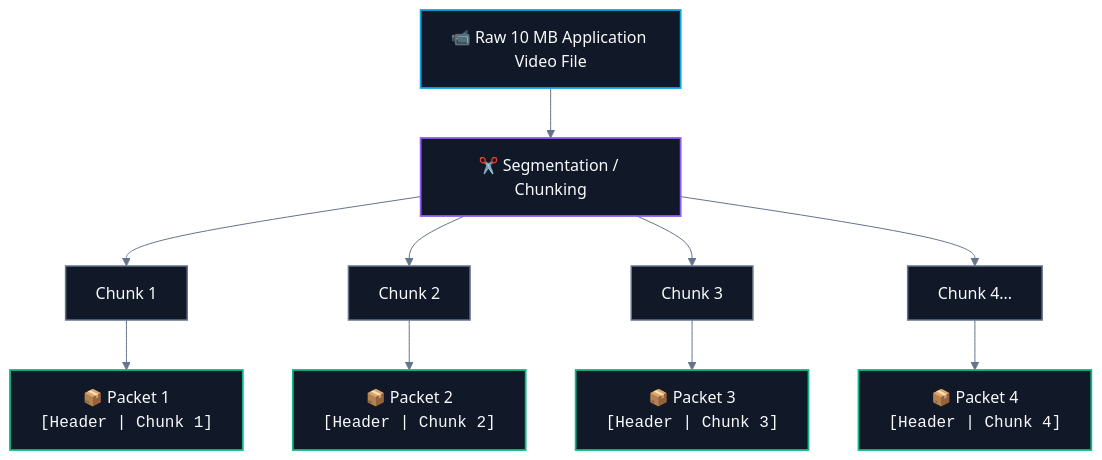
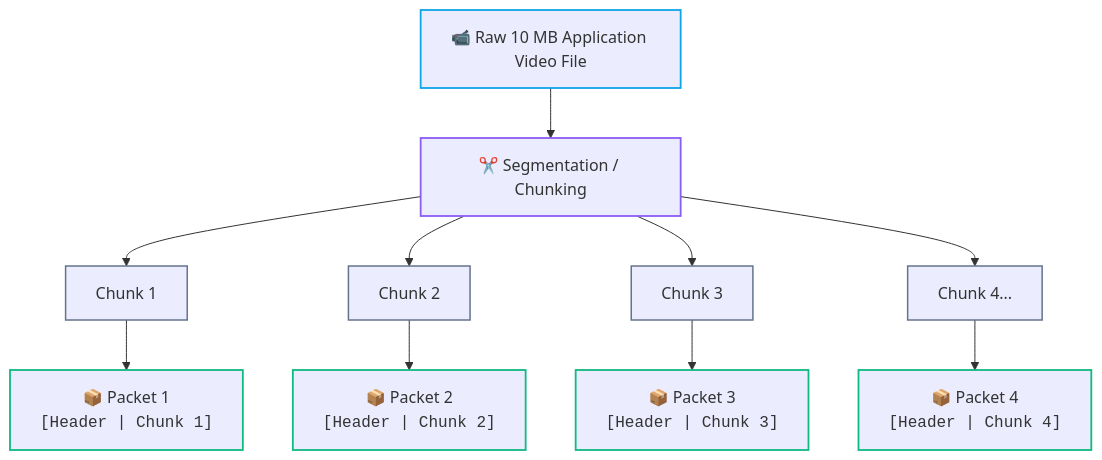
The first of 3 diagrams in CS/Computer Networking/01. Architecture & Fundamentals/02. Packets and Packet Switching.md (abhinavbharti2345/CS_Notes), drawn with Mermaid before and after one commit. The commit also changed other lines of this file and 91 other files, not shown here.

````diff
--- a/CS/Computer Networking/01. Architecture & Fundamentals/02. Packets and Packet Switching.md
+++ b/CS/Computer Networking/01. Architecture & Fundamentals/02. Packets and Packet Switching.md
@@ -27,25 +27,24 @@
 ```mermaid
-%%{init: {'theme': 'base', 'themeVariables': { 'darkMode': true, 'background': '#0B0F14', 'mainBkg': '#111827', 'primaryColor': '#111827', 'primaryTextColor': '#F8FAFC', 'primaryBorderColor': '#38BDF8', 'lineColor': '#64748B', 'secondaryColor': '#0B0F14', 'tertiaryColor': '#0B0F14', 'clusterBkg': '#0B0F14', 'clusterBorder': '#38BDF8' }}}%%
 flowchart TD
     Raw["📹 Raw 10 MB Application Video File"] --> Split["✂️ Segmentation / Chunking"]
     
     Split --> C1["Chunk 1"]
     Split --> C2["Chunk 2"]
     Split --> C3["Chunk 3"]
     Split --> C4["Chunk 4..."]
     
     C1 --> P1["📦 Packet 1<br><code>[Header | Chunk 1]</code>"]
     C2 --> P2["📦 Packet 2<br><code>[Header | Chunk 2]</code>"]
     C3 --> P3["📦 Packet 3<br><code>[Header | Chunk 3]</code>"]
     C4 --> P4["📦 Packet 4<br><code>[Header | Chunk 4]</code>"]
 
-    classDef raw fill:#111827,stroke:#0ea5e9,stroke-width:1.8px,color:#F8FAFC;
-    classDef split fill:#111827,stroke:#8b5cf6,stroke-width:1.8px,color:#F8FAFC;
-    classDef chunk fill:#111827,stroke:#64748b,stroke-width:1.5px,color:#F8FAFC;
-    classDef pkt fill:#111827,stroke:#10b981,stroke-width:1.8px,color:#F8FAFC;
+    classDef raw stroke:#0ea5e9,stroke-width:1.8px;
+    classDef split stroke:#8b5cf6,stroke-width:1.8px;
+    classDef chunk stroke:#64748b,stroke-width:1.5px;
+    classDef pkt stroke:#10b981,stroke-width:1.8px;
 
     class Raw raw;
     class Split split;
     class C1,C2,C3,C4 chunk;
     class P1,P2,P3,P4 pkt;
 ```
````
